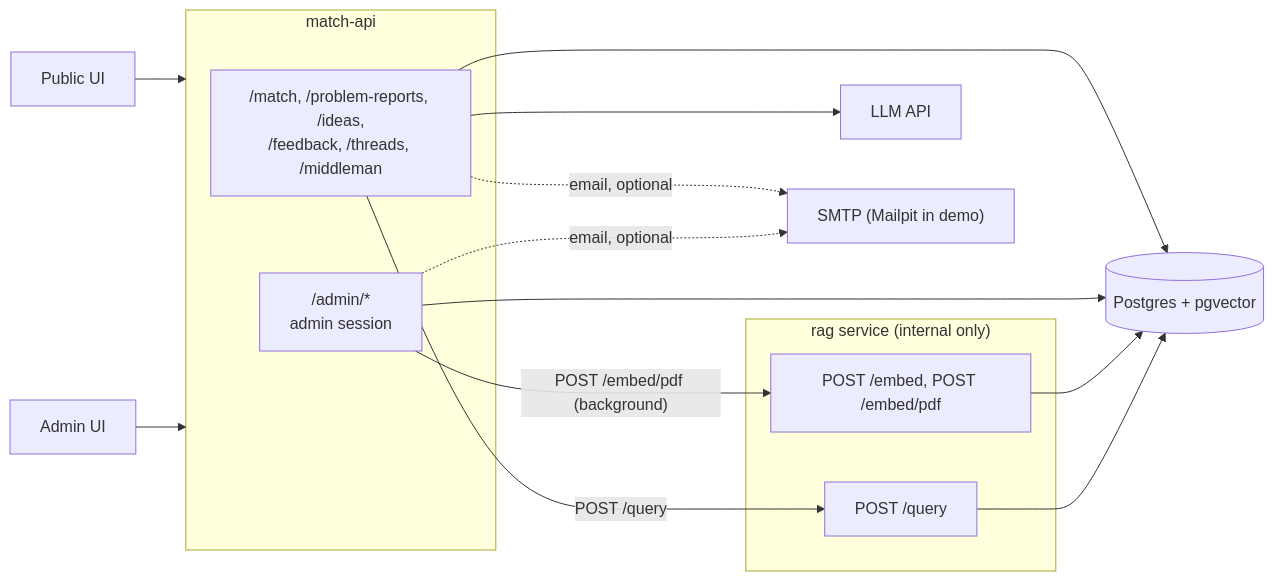
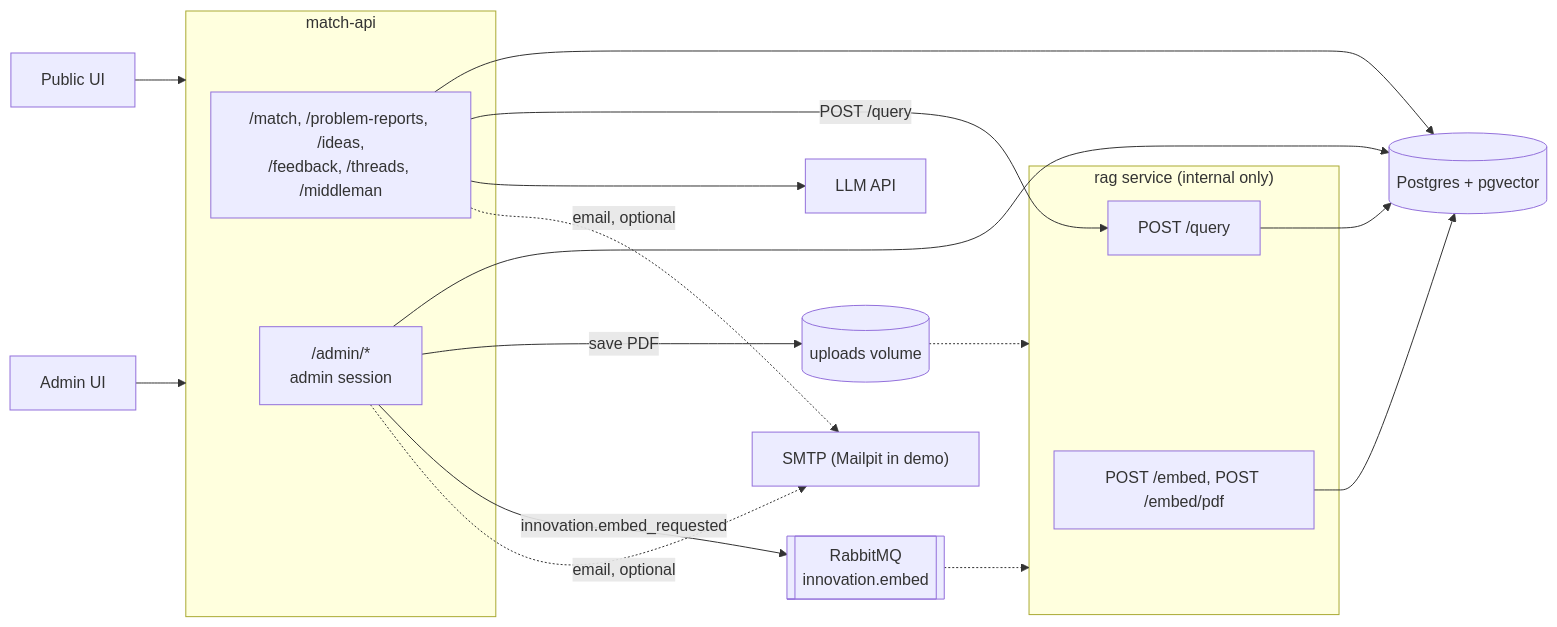
One commit to DziadBud/HackYeah2026 changed the first of 4 diagrams in documentation/backend/architecture.md. Above: the diagram before and after it, drawn with Mermaid. The commit also changed other lines of this file and 19 other files, not shown here.

````diff
--- a/documentation/backend/architecture.md
+++ b/documentation/backend/architecture.md
@@ -15,26 +15,31 @@
 ```mermaid
 flowchart LR
     PUI[Public UI] --> API
     AUI[Admin UI] --> API
 
     subgraph API["match-api"]
         PUB["/match, /problem-reports, /ideas,<br/>/feedback, /threads, /middleman"]
         ADM["/admin/*<br/>admin session"]
     end
 
     subgraph RAG["rag service (internal only)"]
         EMBED["POST /embed, POST /embed/pdf"]
         QRY["POST /query"]
     end
 
     DB[("Postgres + pgvector")]
+    MQ[["RabbitMQ<br/>innovation.embed"]]
+    FS[("uploads volume")]
     LLM[LLM API]
     SMTP["SMTP (Mailpit in demo)"]
 
     PUB & ADM --> DB
     PUB -- "POST /query" --> QRY
-    ADM -- "POST /embed/pdf (background)" --> EMBED
+    ADM -- "save PDF" --> FS
+    ADM -- "innovation.embed_requested" --> MQ
+    MQ -.-> RAG
+    FS -.-> RAG
     PUB --> LLM
     PUB & ADM -. "email, optional" .-> SMTP
     EMBED & QRY --> DB
 ```
````
